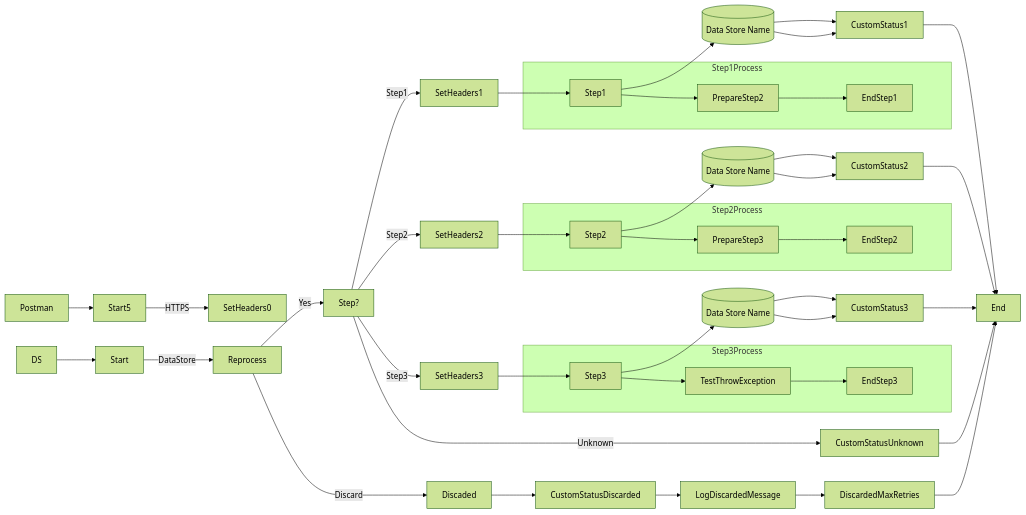
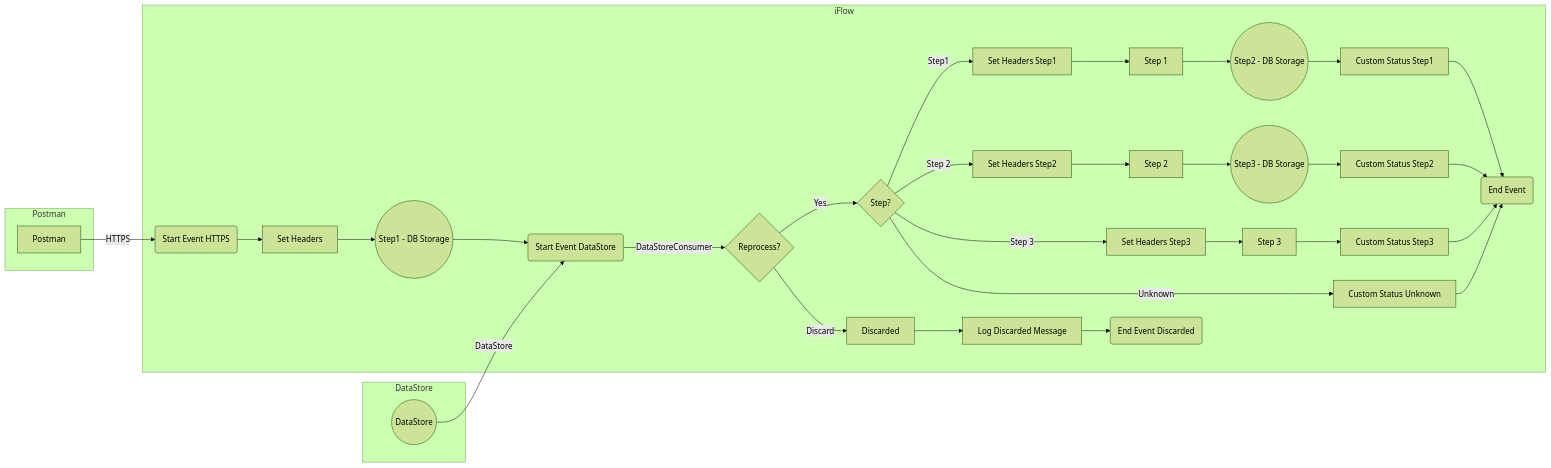
The diagram in MMZ - Cell Iflows/SEDA_Model_-_Single_DS_-_Restart_and_Discard_MMZ-1.0.0/readme.md (Avvale-IA-CICD/AvvaleCPI), drawn with Mermaid (forest theme) before and after one commit. The commit also changed other lines of this file, not shown here.

Commit message:
Add/update documentation for SEDA_Model_-_Single_DS_-_Restart_and_Discard_MMZ v1.0.0

````diff
--- a/MMZ - Cell Iflows/SEDA_Model_-_Single_DS_-_Restart_and_Discard_MMZ-1.0.0/readme.md
+++ b/MMZ - Cell Iflows/SEDA_Model_-_Single_DS_-_Restart_and_Discard_MMZ-1.0.0/readme.md
@@ -4,1079 +4,62 @@
 ```mermaid
 graph LR
-    Postman --> HTTPS[Start5]
-    DS --> DataStoreConsumer[Start]
-    HTTPS -- HTTPS --> SetHeaders0
-    DataStoreConsumer -- DataStore --> Reprocess
-    Reprocess -- Yes --> Step?
-    Reprocess -- Discard --> Discaded
-    Step? -- Step1 --> SetHeaders1
-    Step? -- Step2 --> SetHeaders2
-    Step? -- Step3 --> SetHeaders3
-    Step? -- Unknown --> CustomStatusUnknown
-    SetHeaders1 --> Step1
-    SetHeaders2 --> Step2
-    SetHeaders3 --> Step3
-    Step1 --> DataStore1[(Data Store Name)]
-    Step2 --> DataStore2[(Data Store Name)]
-    Step3 --> DataStore3[(Data Store Name)]
-    DataStore1 --> CustomStatus1
-    DataStore2 --> CustomStatus2
-    DataStore3 --> CustomStatus3
-    CustomStatus1 --> End
-    CustomStatus2 --> End
-    CustomStatus3 --> End
-    CustomStatusUnknown --> End
-    Discaded --> CustomStatusDiscarded
-    CustomStatusDiscarded --> LogDiscardedMessage
-    LogDiscardedMessage --> DiscardedMaxRetries
-    DiscardedMaxRetries --> End
-    DataStore1 --> CustomStatus1
-    DataStore2 --> CustomStatus2
-    DataStore3 --> CustomStatus3
-    subgraph Step1Process
-    Step1 --> PrepareStep2
-    PrepareStep2 --> EndStep1
+    subgraph Postman
+    A[Postman]
     end
-    subgraph Step2Process
-    Step2 --> PrepareStep3
-    PrepareStep3 --> EndStep2
+
+    subgraph DataStore
+    E((DataStore))
     end
-    subgraph Step3Process
-    Step3 --> TestThrowException
-    TestThrowException --> EndStep3
+
+    subgraph iFlow
+    B(Start Event HTTPS)
+    C[Set Headers]
+    D((Step1 - DB Storage)):::cylinder
+    F(Start Event DataStore)
+    G{Reprocess?}
+    H{Step?}
+    I[Set Headers Step1]
+    J((Step2 - DB Storage)):::cylinder
+    K[Set Headers Step2]
+    L((Step3 - DB Storage)):::cylinder
+    M[Set Headers Step3]
+    N[Custom Status Step1]
+    O[Custom Status Step2]
+    P[Custom Status Step3]
+    Q[Custom Status Unknown]
+    R[Log Discarded Message]
+    S(End Event)
+    T(End Event Discarded)
+    U[Step 1]
+    V[Step 2]
+    W[Step 3]
+    X[Discarded]
     end
-    
-    
-    
-    
-    
-    
-    
-    
-    
-    
-    
-    
-    
-    
-    
-    
-    
-    
-    
-    
-    
-    
-    
-    
-    
-    
-    
-    
-    
-    
-    
-    
-    
-    
-    
-    
-    
-    
-    
-    
-    
-    
-    
-    
-    
-    
-    
-    
-    
-    
-    
-    
-    
-    
-    
-    
-    
-    
-    
-    
-    
-    
-    
-    
-    
-    
-    
-    
-    
-    
-    
-    
-    
-    
-    
-    
-    
-    
-    
-    
-    
-    
-    
-    
-    
-    
-    
-    
-    
-    
-    
-    
-    
-    
-    
-    
-    
-    
-    
-    
-    
-    
-    
-    
-    
-    
-    
-    
-    
-    
-    
-    
-    
-    
-    
-    
-    
-    
-    
-    
-    
-    
-    
-    
-    
-    
-    
-    
-    
-    
-    
-    
-    
-    
-    
-    
-    
-    
-    
-    
-    
-    
-    
-    
-    
-    
-    
-    
-    
-    
-    
-    
-    
-    
-    
-    
-    
-    
-    
-    
-    
-    
-    
-    
-    
-    
-    
-    
-    
-    
-    
-    
-    
-    
-    
-    
-    
-    
-    
-    
-    
-    
-    
-    
-    
-    
-    
-    
-    
-    
-    
-    
-    
-    
-    
-    
-    
-    
-    
-    
-    
-    
-    
-    
-    
-    
-    
-    
-    
-    
-    
-    
-    
-    
-    
-    
-    
-    
-    
-    
-    
-    
-    
-    
-    
-    
-    
-    
-    
-    
-    
-    
-    
-    
-    
-    
-    
-    
-    
-    
-    
-    
-    
-    
-    
-    
-    
-    
-    
-    
-    
-    
-    
-    
-    
-    
-    
-    
-    
-    
-    
-    
-    
-    
-    
-    
-    
-    
-    
-    
-    
-    
-    
-    
-    
-    
-    
-    
-    
-    
-    
-    
-    
-    
-    
-    
-    
-    
-    
-    
-    
-    
-    
-    
-    
-    
-    
-    
-    
-    
-    
-    
-    
-    
-    
-    
-    
-    
-    
-    
-    
-    
-    
-    
-    
-    
-    
-    
-    
-    
-    
-    
-    
-    
-    
-    
-    
-    
-    
-    
-    
-    
-    
-    
-    
-    
-    
-    
-    
-    
-    
-    
-    
-    
-    
-    
-    
-    
-    
-    
-    
-    
-    
-    
-    
-    
-    
-    
-    
-    
-    
-    
-    
-    
-    
-    
-    
-    
-    
-    
-    
-    
-    
-    
-    
-    
-    
-    
-    
-    
-    
-    
-    
-    
-    
-    
-    
-    
-    
-    
-    
-    
-    
-    
-    
-    
-    
-    
-    
-    
-    
-    
-    
-    
-    
-    
-    
-    
-    
-    
-    
-    
-    
-    
-    
-    
-    
-    
-    
-    
-    
-    
-    
-    
-    
-    
-    
-    
-    
-    
-    
-    
-    
-    
-    
-    
-    
-    
-    
-    
-    
-    
-    
-    
-    
-    
-    
-    
-    
-    
-    
-    
-    
-    
-    
-    
-    
-    
-    
-    
-    
-    
-    
-    
-    
-    
-    
-    
-    
-    
-    
-    
-    
-    
-    
-    
-    
-    
-    
-    
-    
-    
-    
-    
-    
-    
-    
-    
-    
-    
-    
-    
-    
-    
-    
-    
-    
-    
-    
-    
-    
-    
-    
-    
-    
-    
-    
-    
-    
-    
-    
-    
-    
-    
-    
-    
-    
-    
-    
-    
-    
-    
-    
-    
-    
-    
-    
-    
-    
-    
-    
-    
-    
-    
-    
-    
-    
-    
-    
-    
-    
-    
-    
-    
-    
-    
-    
-    
-    
-    
-    
-    
-    
-    
-    
-    
-    
-    
-    
-    
-    
-    
-    
-    
-    
-    
-    
-    
-    
-    
-    
-    
-    
-    
-    
-    
-    
-    
-    
-    
-    
-    
-    
-    
-    
-    
-    
-    
-    
-    
-    
-    
-    
-    
-    
-    
-    
-    
-    
-    
-    
-    
-    
-    
-    
-    
-    
-    
-    
-    
-    
-    
-    
-    
-    
-    
-    
-    
-    
-    
-    
-    
-    
-    
-    
-    
-    
-    
-    
-    
-    
-    
-    
-    
-    
-    
-    
-    
-    
-    
-    
-    
-    
-    
-    
-    
-    
-    
-    
-    
-    
-    
-    
-    
-    
-    
-    
-    
-    
-    
-    
-    
-    
-    
-    
-    
-    
-    
-    
-    
-    
-    
-    
-    
-    
-    
-    
-    
-    
-    
-    
-    
-    
-    
-    
-    
-    
-    
-    
-    
-    
-    
-    
-    
-    
-    
-    
-    
-    
-    
-    
-    
-    
-    
-    
-    
-    
-    
-    
-    
-    
-    
-    
-    
-    
-    
-    
-    
-    
-    
-    
-    
-    
-    
-    
-    
-    
-    
-    
-    
-    
-    
-    
-    
-    
-    
-    
-    
-    
-    
-    
-    
-    
-    
-    
-    
-    
-    
-    
-    
-    
-    
-    
-    
-    
-    
-    
-    
-    
-    
-    
-    
-    
-    
-    
-    
-    
-    
-    
-    
-    
-    
-    
-    
-    
-    
-    
-    
-    
-    
-    
-    
-    
-    
-    
-    
-    
-    
-    
-    
-    
-    
-    
-    
-    
-    
-    
-    
-    
-    
-    
-    
-    
-    
-    
-    
-    
-    
-    
-    
-    
-    
-    
-    
-    
-    
-    
-    
-    
-    
-    
-    
-    
-    
-    
-    
-    
-    
-    
-    
-    
-    
-    
-    
-    
-    
-    
-    
-    
-    
-    
-    
-    
-    
-    
-    
-    
-    
-    
-    
-    
-    
-    
-    
-    
-    
-    
-    
-    
-    
-    
-    
-    
-    
-    
-    
-    
-    
-    
-    
-    
-    
-    
-    
-    
-    
-    
-    
-    
-    
-    
-    
-    
-    
-    
-    
-    
-    
-    
-    
-    
-    
-    
-    
-    
-    
-    
-    
-    
-    
-    
-    
-    
-    
-    
-    
-    
-    
-    
-    
-    
-    
-    
-    
-    
-    
-    
-    
-    
-    
-    
-    
-    
-    
-    
-    
-    
-    
-    
-    
-    
-    
-    
-    
-    
-    
-    
-    
-    
-    
-    
-    
-    
-    
-    
-    
-    
-    
-    
-    
-    
-    
-    
-    
-    
-    
-    
-    
-    
-    
-    
-    
-    
-    
-    
-    
-    
-    
-    
-    
-    
-    
-    
-    
-    
-    
-    
-    
-    
-    
-    
-    
-    
-    
-    
-    
-    
-    
-    
-    
-    
-    
-    
-    
-    
-    
-    
-    
-    
-    
-    
-    
-    
-    
-    
-    
-    
-    
-    
-    
-    
-    
-    
-    
-    
-    
-    
-    
-    
-    
-    
-    
-    
-    
-    
-    
-    
-    
-    
-    
-    
-    
-    
-    
+
+    A -- HTTPS --> B
+    F -- DataStoreConsumer --> G
+    B --> C
+    C --> D
+    G -- Yes --> H
+    G -- Discard --> X
+    X --> R
+    R --> T
+    H -- Step1 --> I
+    H -- Step 2 --> K
+    H -- Step 3 --> M
+    H -- Unknown --> Q
+    I --> U
+    U --> J
+    J --> N
+    N --> S
+    K --> V
+    V --> L
+    L --> O
+    O --> S
+    M --> W
+    W --> P
+    P --> S
+    Q --> S
+    D --> F
+    E -- DataStore --> F
 ```
````
